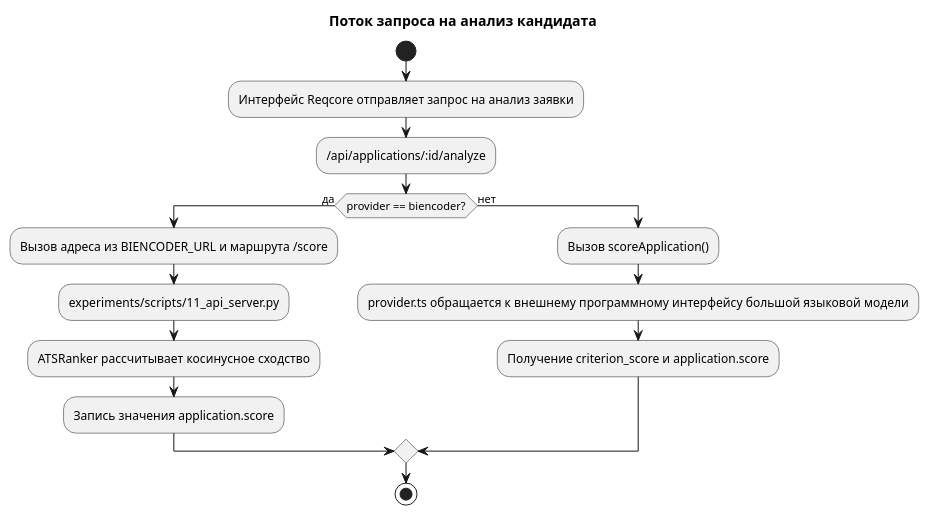
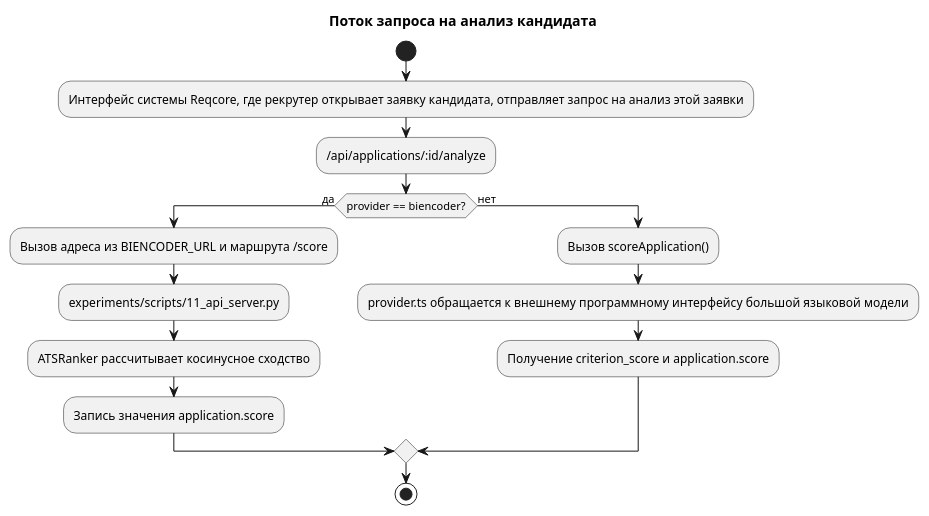
One commit to ArtiomNosov/master-thesis-repository changed the diagram in docs/obsidian/thesis/[USED] thesis_draft_final_ru.md. Above: the diagram before and after it, drawn with PlantUML. The commit also changed other lines of this file and 1 other file, not shown here.

```diff
--- a/docs/obsidian/thesis/[USED] thesis_draft_final_ru.md
+++ b/docs/obsidian/thesis/[USED] thesis_draft_final_ru.md
@@ -120,22 +120,22 @@
 @startuml
 title Поток запроса на анализ кандидата
 
 start
 
-:Интерфейс Reqcore отправляет запрос на анализ заявки;
+:Интерфейс системы Reqcore, где рекрутер открывает заявку кандидата, отправляет запрос на анализ этой заявки;
 :/api/applications/:id/analyze;
 
 if (provider == biencoder?) then (да)
   :Вызов адреса из BIENCODER_URL и маршрута /score;
   :experiments/scripts/11_api_server.py;
   :ATSRanker рассчитывает косинусное сходство;
   :Запись значения application.score;
 else (нет)
   :Вызов scoreApplication();
   :provider.ts обращается к внешнему программному интерфейсу большой языковой модели;
   :Получение criterion_score и application.score;
 endif
 
 stop
 
 @enduml
```
